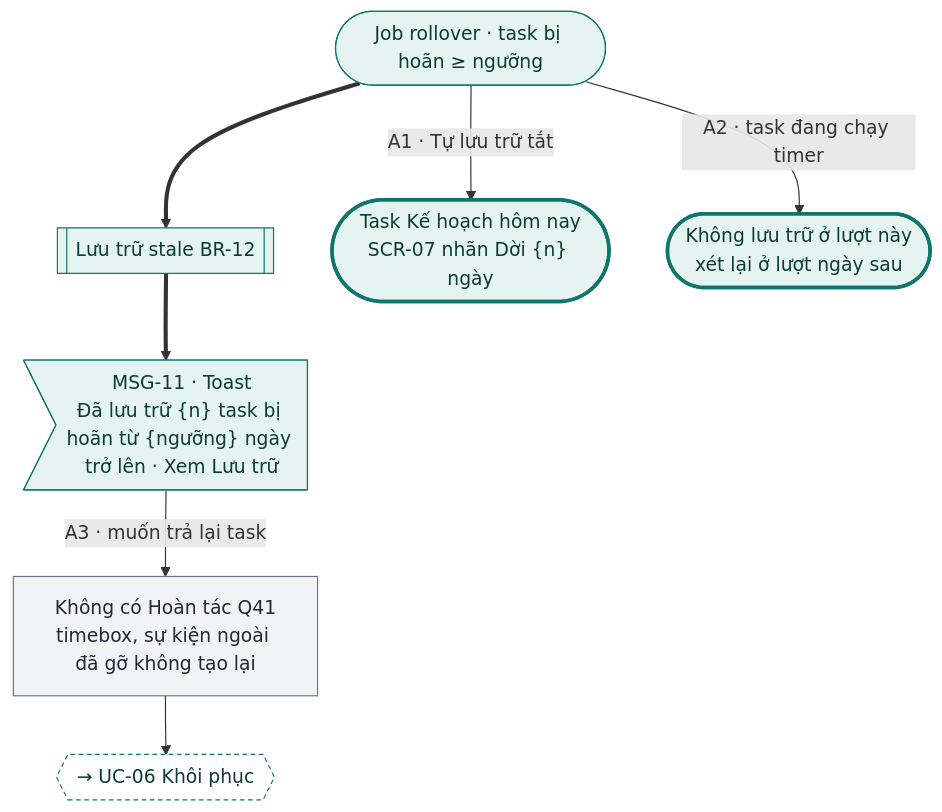
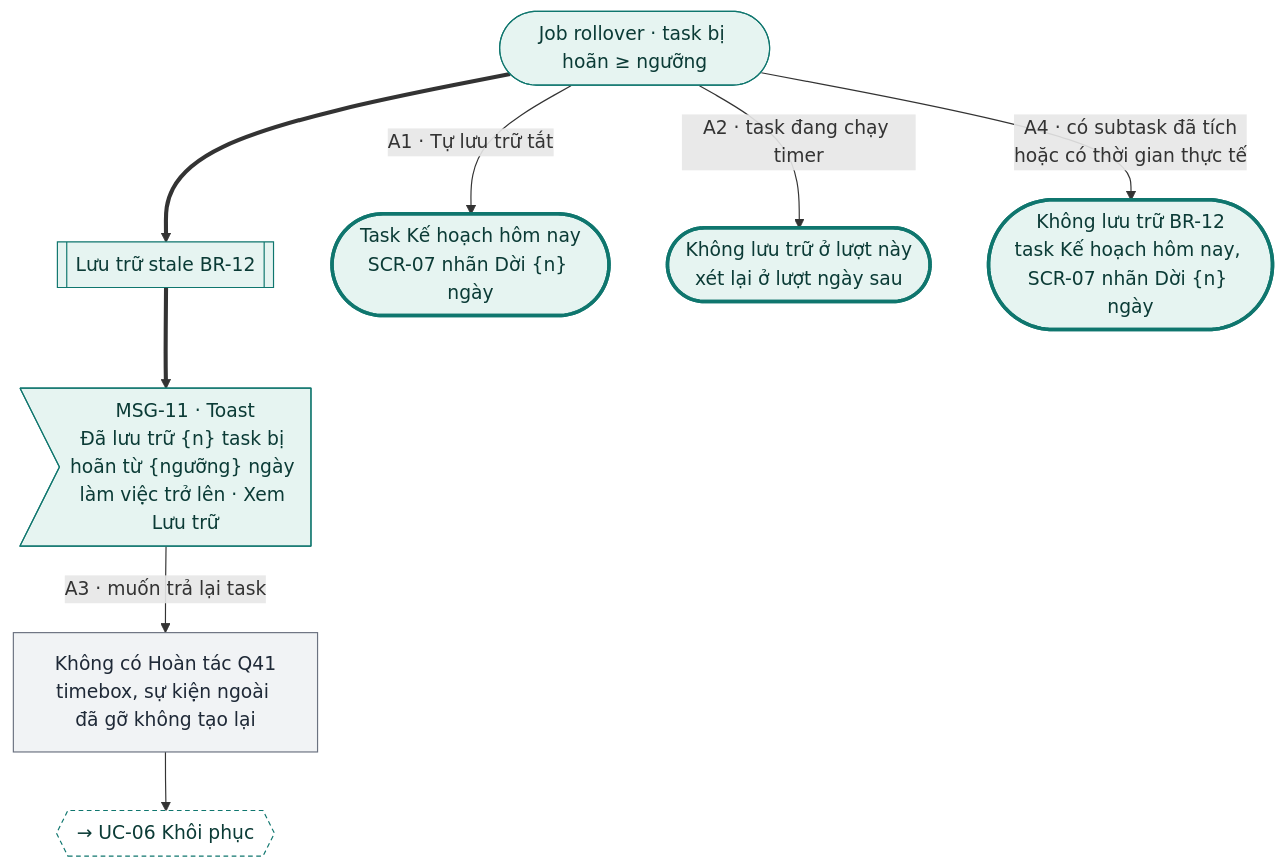
One commit to tannguyenho/personal-app changed diagram 13 of 18 in docs/design-brief/flow/g06-backlog-rollover.md. Above: the diagram before and after it, drawn with Mermaid. The commit also changed other lines of this file and 5 other files, not shown here.

First line of the commit message:
docs(G03, G06): áp quyết định PO 09/11 vào SRS, PRD, flow

````diff
--- a/docs/design-brief/flow/g06-backlog-rollover.md
+++ b/docs/design-brief/flow/g06-backlog-rollover.md
@@ -532,26 +541,27 @@
 ```mermaid
 flowchart TD
   start(["Job rollover · task bị hoãn ≥ ngưỡng"])
   p1[["Lưu trữ stale BR-12"]]
-  m1>"MSG-11 · Toast<br/>Đã lưu trữ {n} task bị hoãn từ {ngưỡng} ngày trở lên · Xem Lưu trữ"]
+  m1>"MSG-11 · Toast<br/>Đã lưu trữ {n} task bị hoãn từ {ngưỡng} ngày làm việc trở lên · Xem Lưu trữ"]
   start ==> p1 ==> m1
 
   start -->|"A1 · Tự lưu trữ tắt"| a1(["Task Kế hoạch hôm nay<br/>SCR-07 nhãn Dời {n} ngày"])
   start -->|"A2 · task đang chạy timer"| a2(["Không lưu trữ ở lượt này<br/>xét lại ở lượt ngày sau"])
+  start -->|"A4 · có subtask đã tích<br/>hoặc có thời gian thực tế"| a4(["Không lưu trữ BR-12<br/>task Kế hoạch hôm nay, SCR-07 nhãn Dời {n} ngày"])
   m1 -->|"A3 · muốn trả lại task"| a3["Không có Hoàn tác Q41<br/>timebox, sự kiện ngoài đã gỡ không tạo lại"]
   a3 --> a3x{{"→ UC-06 Khôi phục"}}
 
   class start,p1,m1 happy
   class a3 alt
-  class a1,a2 done
+  class a1,a2,a4 done
   class a3x link
   classDef happy fill:#E6F4F1,stroke:#0F766E,color:#0B3B36
   classDef alt fill:#F1F3F5,stroke:#6B7280,color:#1F2937
   classDef err fill:#FDECEC,stroke:#B42318,color:#5C1010
   classDef warn fill:#FEF4E2,stroke:#B45309,color:#4A2604
   classDef ai fill:#F1ECFD,stroke:#6D28D9,color:#2E1065
   classDef sync fill:#FFFFFF,stroke:#6B7280,stroke-dasharray:4 3,color:#1F2937
   classDef link fill:#FFFFFF,stroke:#0F766E,stroke-dasharray:4 3,color:#0B3B36
   classDef done fill:#E6F4F1,stroke:#0F766E,stroke-width:3px,color:#0B3B36
   classDef fail fill:#FDECEC,stroke:#B42318,stroke-width:3px,color:#5C1010
 ```
````
